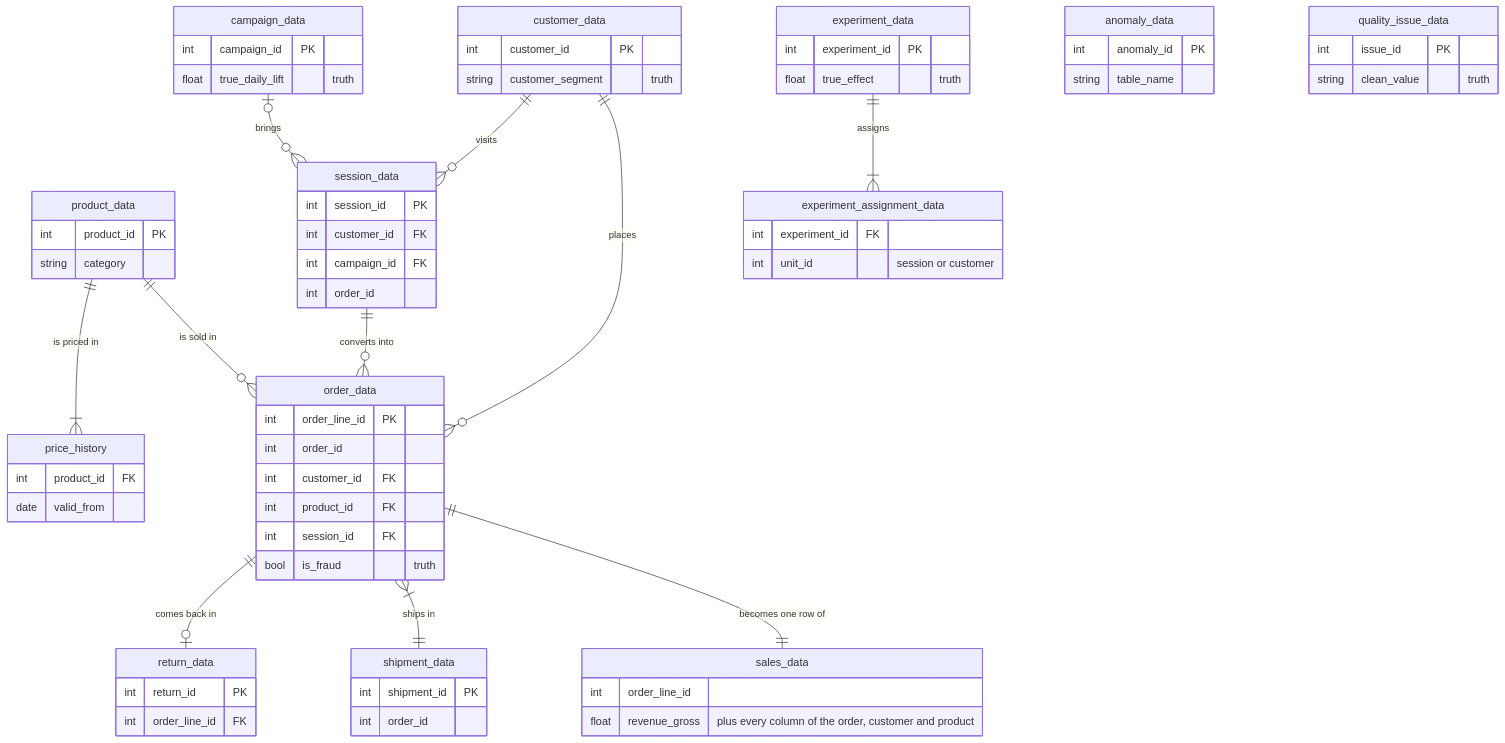
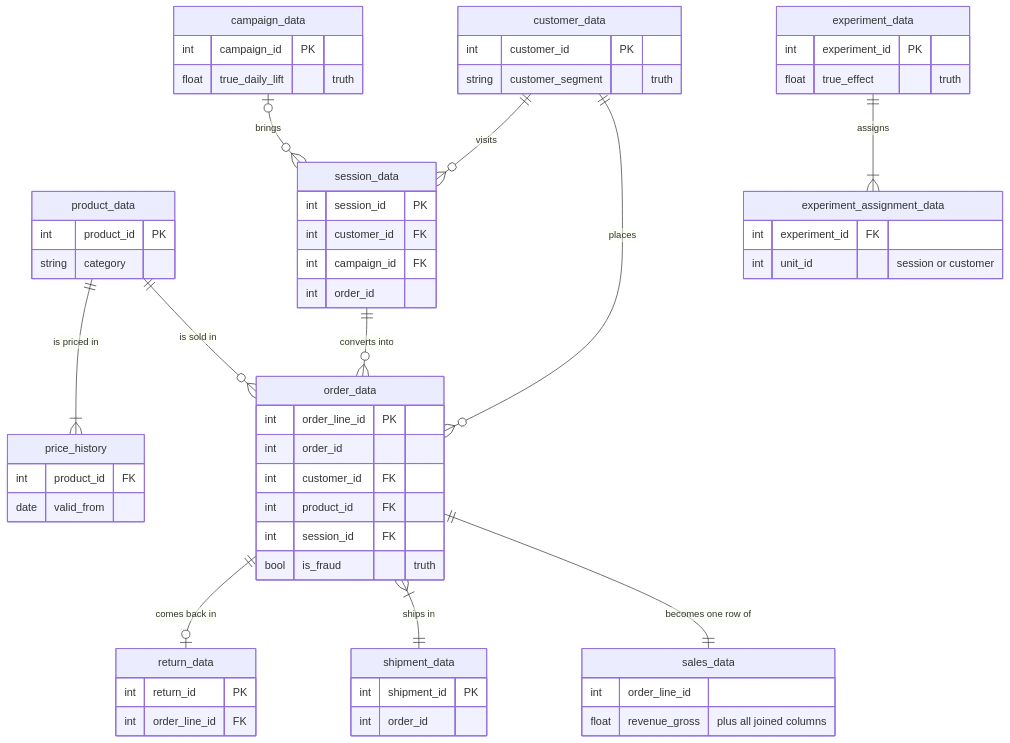
Before and after one commit to tlabedzki/Data-Generator: the diagram in README.md, drawn with Mermaid. The commit also changed other lines of this file, not shown here.

Commit message:
Keep the 11 linked tables in the README diagram so it stays readable

````diff
--- a/README.md
+++ b/README.md
@@ -236,71 +236,63 @@
 ```mermaid
 erDiagram
     customer_data ||--o{ order_data : places
     product_data ||--o{ order_data : "is sold in"
     product_data ||--|{ price_history : "is priced in"
     order_data ||--|| sales_data : "becomes one row of"
     order_data }|--|| shipment_data : "ships in"
     order_data ||--o| return_data : "comes back in"
     customer_data ||--o{ session_data : visits
     campaign_data |o--o{ session_data : brings
     session_data ||--o{ order_data : "converts into"
     experiment_data ||--|{ experiment_assignment_data : assigns
     customer_data {
         int customer_id PK
         string customer_segment "truth"
     }
     product_data {
         int product_id PK
         string category
     }
     order_data {
         int order_line_id PK
         int order_id
         int customer_id FK
         int product_id FK
         int session_id FK
         bool is_fraud "truth"
     }
     sales_data {
         int order_line_id
-        float revenue_gross "plus every column of the order, customer and product"
+        float revenue_gross "plus all joined columns"
     }
     price_history {
         int product_id FK
         date valid_from
     }
     shipment_data {
         int shipment_id PK
         int order_id
     }
     return_data {
         int return_id PK
         int order_line_id FK
     }
     campaign_data {
         int campaign_id PK
         float true_daily_lift "truth"
     }
     session_data {
         int session_id PK
         int customer_id FK
         int campaign_id FK
         int order_id
     }
     experiment_data {
         int experiment_id PK
         float true_effect "truth"
     }
     experiment_assignment_data {
         int experiment_id FK
         int unit_id "session or customer"
     }
-    anomaly_data {
-        int anomaly_id PK
-        string table_name
-    }
-    quality_issue_data {
-        int issue_id PK
-        string clean_value "truth"
-    }
 ```
````
